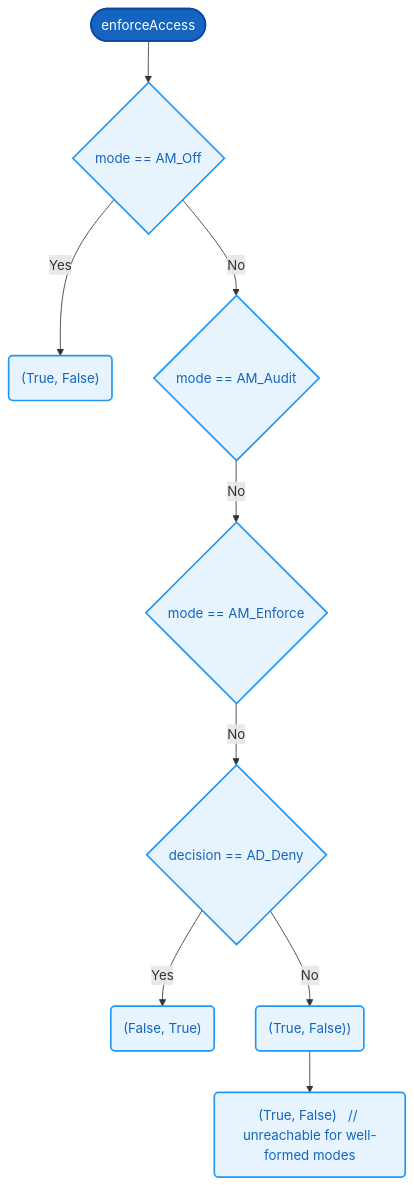
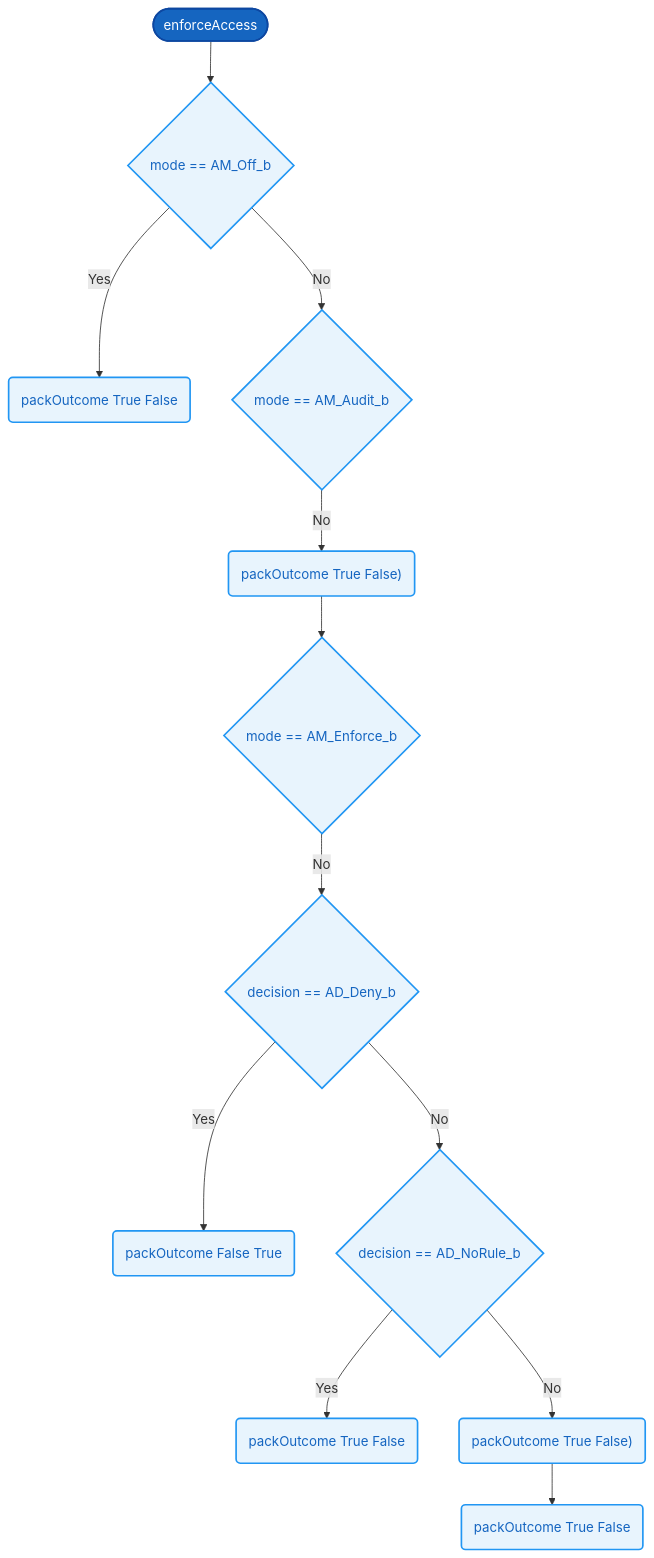
One commit to AmeliaRose802/formal-verification-demo-protocol changed the diagram in docs/functions/enforceAccess.md. Above: the diagram before and after it, drawn with Mermaid. The commit also changed other lines of this file and 151 other files, not shown here.

````diff
--- a/docs/functions/enforceAccess.md
+++ b/docs/functions/enforceAccess.md
@@ -29,14 +38,17 @@
 ```mermaid
 flowchart TD
   Start(["enforceAccess"])
-  Start --> C0{"mode == AM_Off"}
-  C0 -->|Yes| R0("(True, False)")
-  C0 -->|No| C1{"mode == AM_Audit"}
-  C1 -->|No| C2{"mode == AM_Enforce"}
-  C2 -->|No| C3{"decision == AD_Deny"}
-  C3 -->|Yes| R1("(False, True)")
-  C3 -->|No| R2("(True,  False))")
-  R2 --> R3("(True, False)   // unreachable for well-formed modes")
+  Start --> C0{"mode == AM_Off_b"}
+  C0 -->|Yes| R0("packOutcome True False")
+  C0 -->|No| C1{"mode == AM_Audit_b"}
+  C1 -->|No| R1("packOutcome True False)")
+  R1 --> C2{"mode == AM_Enforce_b"}
+  C2 -->|No| C3{"decision == AD_Deny_b"}
+  C3 -->|Yes| R2("packOutcome False True")
+  C3 -->|No| C4{"decision == AD_NoRule_b"}
+  C4 -->|Yes| R3("packOutcome True  False")
+  C4 -->|No| R4("packOutcome True  False)")
+  R4 --> R5("packOutcome True  False")
   classDef default fill:#e8f4fd,stroke:#2196F3,stroke-width:2px,color:#1565C0
   style Start fill:#1565C0,stroke:#0D47A1,color:#fff,stroke-width:2px
 ```
````
